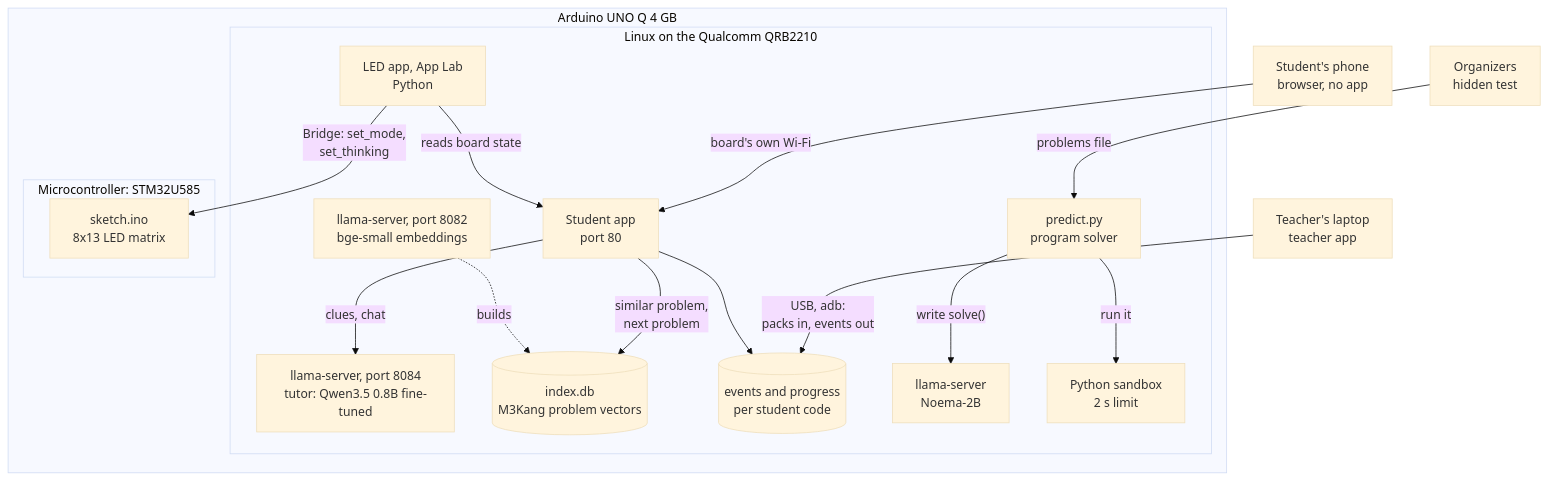
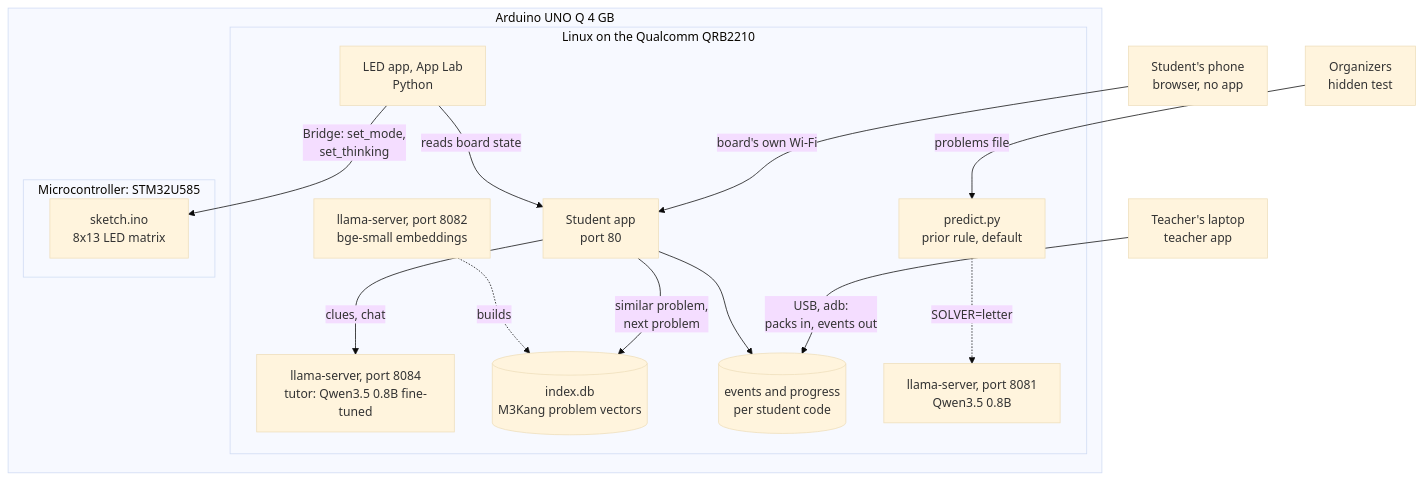
Before and after one commit to Sigkaio636/Santolina_tutor: the diagram in README.md, drawn with Mermaid (base theme). The commit also changed other lines of this file and 1 other file, not shown here.

First line of the commit message:
README: describe the solver that predict.py on main really runs

````diff
--- a/README.md
+++ b/README.md
@@ -78,35 +89,33 @@
 ```mermaid
 flowchart TB
   phone["Student's phone<br/>browser, no app"]
   laptop["Teacher's laptop<br/>teacher app"]
   jury["Organizers<br/>hidden test"]
 
   subgraph board["Arduino UNO Q 4 GB"]
     subgraph linux["Linux on the Qualcomm QRB2210"]
       app["Student app<br/>port 80"]
       tutor["llama-server, port 8084<br/>tutor: Qwen3.5 0.8B fine-tuned"]
       embed["llama-server, port 8082<br/>bge-small embeddings"]
       index[("index.db<br/>M3Kang problem vectors")]
       store[("events and progress<br/>per student code")]
-      predict["predict.py<br/>program solver"]
-      noema["llama-server<br/>Noema-2B"]
-      sandbox["Python sandbox<br/>2 s limit"]
+      predict["predict.py<br/>prior rule, default"]
+      llm["llama-server, port 8081<br/>Qwen3.5 0.8B"]
       ledpy["LED app, App Lab<br/>Python"]
     end
     subgraph mcu["Microcontroller: STM32U585"]
       sketch["sketch.ino<br/>8x13 LED matrix"]
     end
   end
 
   phone -- "board's own Wi-Fi" --> app
   laptop -- "USB, adb:<br/>packs in, events out" --> store
   app -- "clues, chat" --> tutor
   app -- "similar problem,<br/>next problem" --> index
   embed -. "builds" .-> index
   app --> store
   jury -- "problems file" --> predict
-  predict -- "write solve()" --> noema
-  predict -- "run it" --> sandbox
+  predict -. "SOLVER=letter" .-> llm
   ledpy -- "reads board state" --> app
   ledpy -- "Bridge: set_mode,<br/>set_thinking" --> sketch
 ```
````
